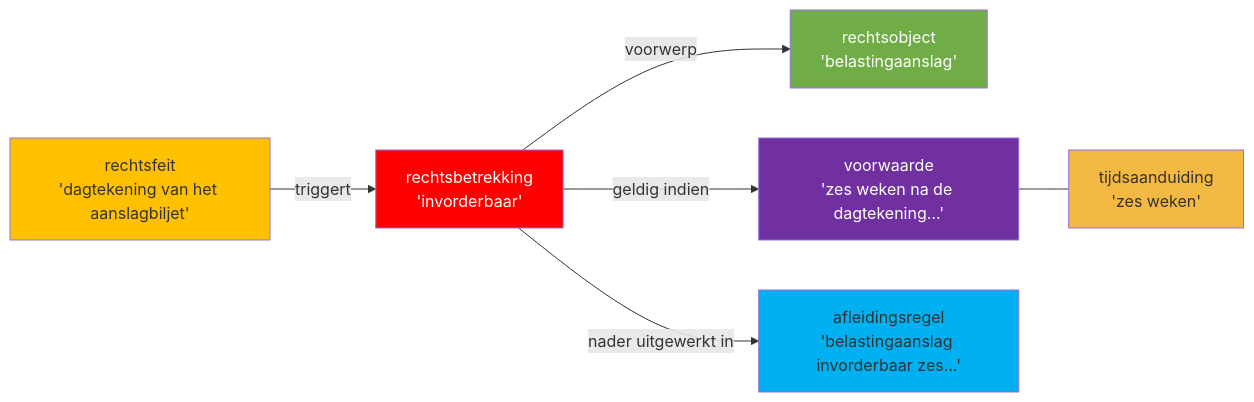
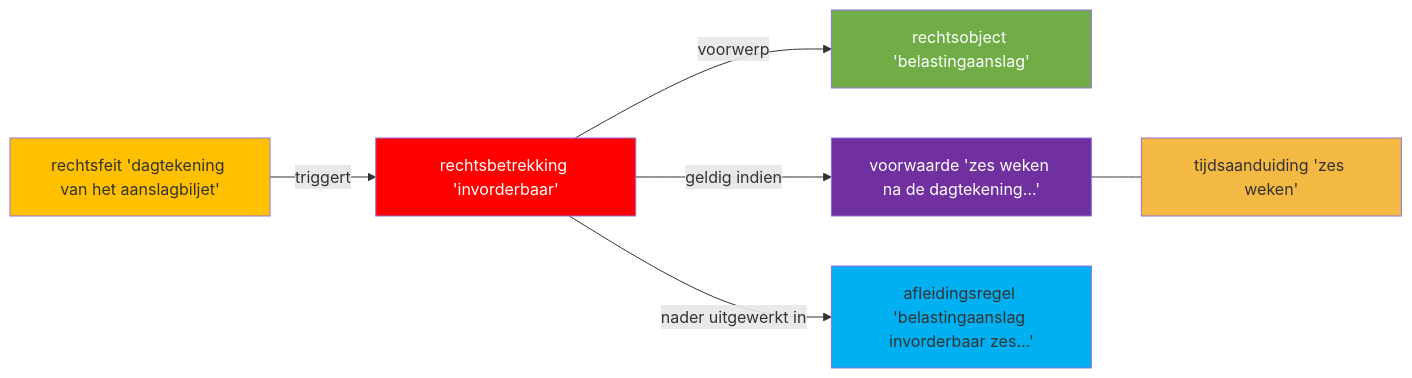
The diagram in views/annotaties/BWBR0004770/art9-lid1.md (palmw01/juridische-analyses), drawn with Mermaid before and after one commit. The commit also changed other lines of this file and 43 other files, not shown here.

````diff
--- a/views/annotaties/BWBR0004770/art9-lid1.md
+++ b/views/annotaties/BWBR0004770/art9-lid1.md
@@ -38,22 +40,20 @@
 ```mermaid
 graph LR
-    RF["rechtsfeit<br/>'dagtekening van het aanslagbiljet'"]:::rf
-    RB["rechtsbetrekking<br/>'invorderbaar'"]:::rb
-    RO["rechtsobject<br/>'belastingaanslag'"]:::ro
-    VW["voorwaarde<br/>'zes weken na de dagtekening…'"]:::vw
-    TA["tijdsaanduiding<br/>'zes weken'"]:::ta
-    AR["afleidingsregel<br/>'belastingaanslag invorderbaar zes…'"]:::ar
-
+    RF["rechtsfeit 'dagtekening van het aanslagbiljet'"]:::rf
+    RB["rechtsbetrekking 'invorderbaar'"]:::rb
+    RO["rechtsobject 'belastingaanslag'"]:::ro
+    VW["voorwaarde 'zes weken na de dagtekening…'"]:::vw
+    TA["tijdsaanduiding 'zes weken'"]:::ta
+    AR["afleidingsregel 'belastingaanslag invorderbaar zes…'"]:::ar
     RF -->|triggert| RB
     RB -->|voorwerp| RO
     RB -->|geldig indien| VW
     RB -->|nader uitgewerkt in| AR
     VW --- TA
-
+    classDef ar fill:#00B0F0
     classDef rb fill:#FF0000,color:#fff
+    classDef rf fill:#FFC000
     classDef ro fill:#70AD47,color:#fff
-    classDef rf fill:#FFC000
+    classDef ta fill:#F4B942
     classDef vw fill:#7030A0,color:#fff
-    classDef ta fill:#F4B942
-    classDef ar fill:#00B0F0
 ```
````
